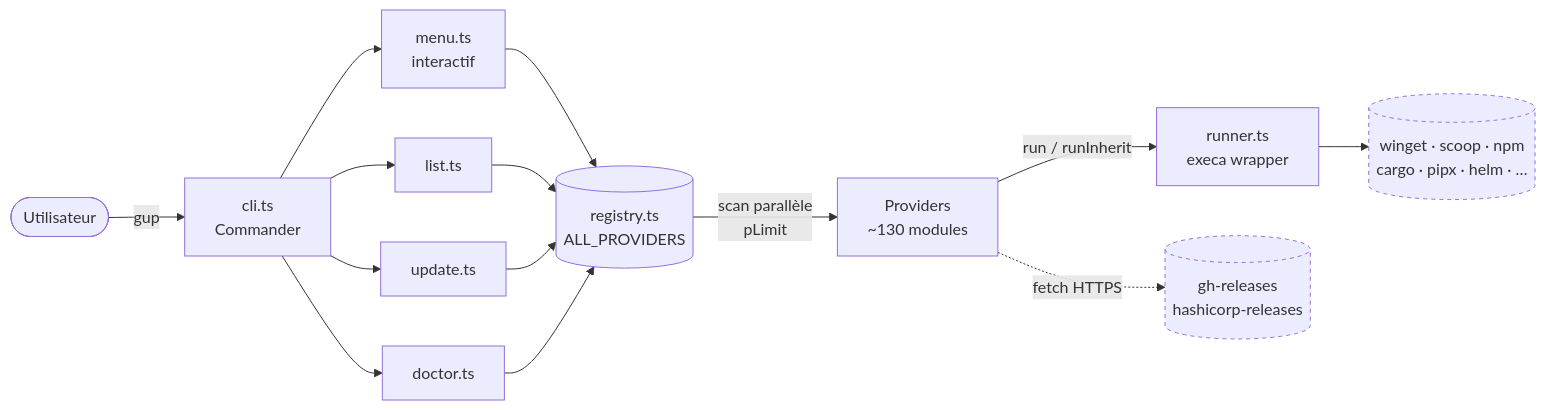
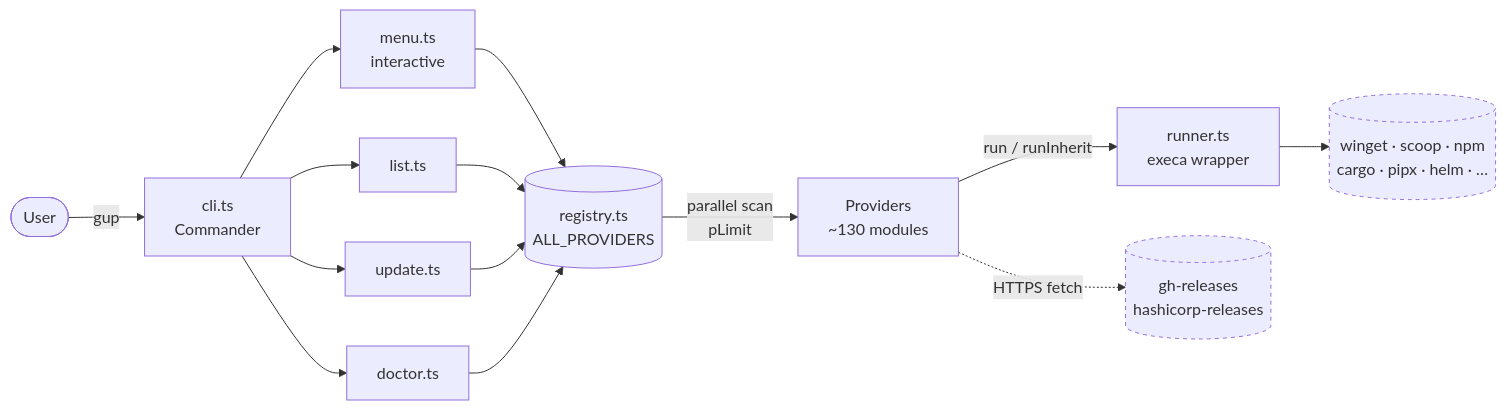
One commit to LINDECKER-Charles/gup changed the first of 9 diagrams in docs/architecture.md. Above: the diagram before and after it, drawn with Mermaid. The commit also changed other lines of this file and 5 other files, not shown here.

````diff
--- a/docs/architecture.md
+++ b/docs/architecture.md
@@ -30,18 +30,18 @@
 ```mermaid
 flowchart LR
-    User([Utilisateur]) -->|gup| CLI[cli.ts<br/>Commander]
-    CLI --> Menu[menu.ts<br/>interactif]
+    User([User]) -->|gup| CLI[cli.ts<br/>Commander]
+    CLI --> Menu[menu.ts<br/>interactive]
     CLI --> List[list.ts]
     CLI --> Update[update.ts]
     CLI --> Doctor[doctor.ts]
 
     Menu & List & Update & Doctor --> Registry[(registry.ts<br/>ALL_PROVIDERS)]
-    Registry -->|scan parallèle<br/>pLimit| Providers[Providers<br/>~130 modules]
+    Registry -->|parallel scan<br/>pLimit| Providers[Providers<br/>~130 modules]
     Providers -->|run / runInherit| Runner[runner.ts<br/>execa wrapper]
     Runner --> Tools[(winget · scoop · npm<br/>cargo · pipx · helm · …)]
 
-    Providers -.fetch HTTPS.-> Releases[(gh-releases<br/>hashicorp-releases)]
+    Providers -.HTTPS fetch.-> Releases[(gh-releases<br/>hashicorp-releases)]
 
     classDef boundary stroke-dasharray: 4 4
     class Tools,Releases boundary
 ```
````
